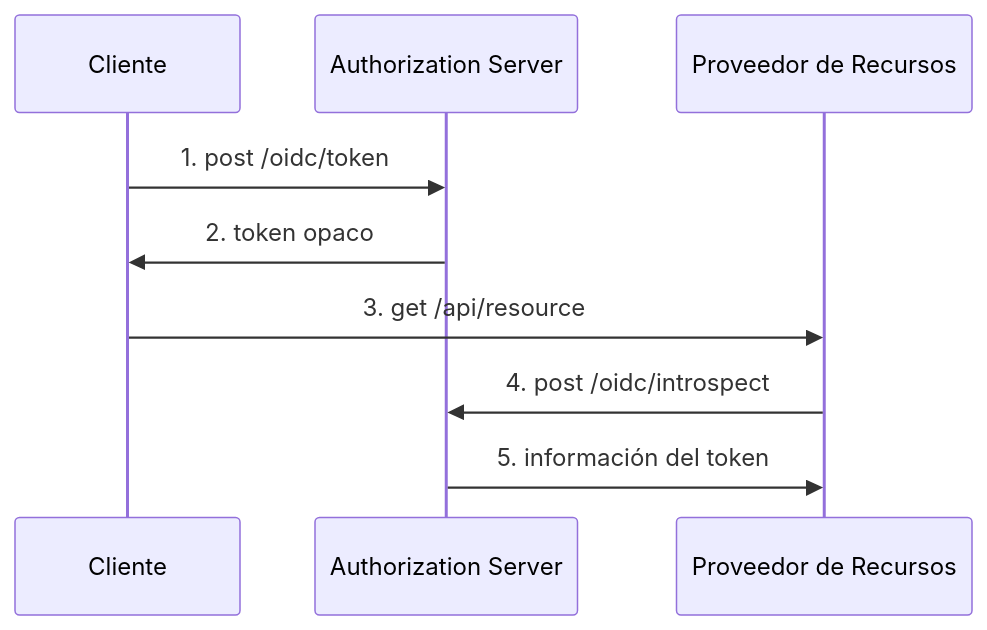
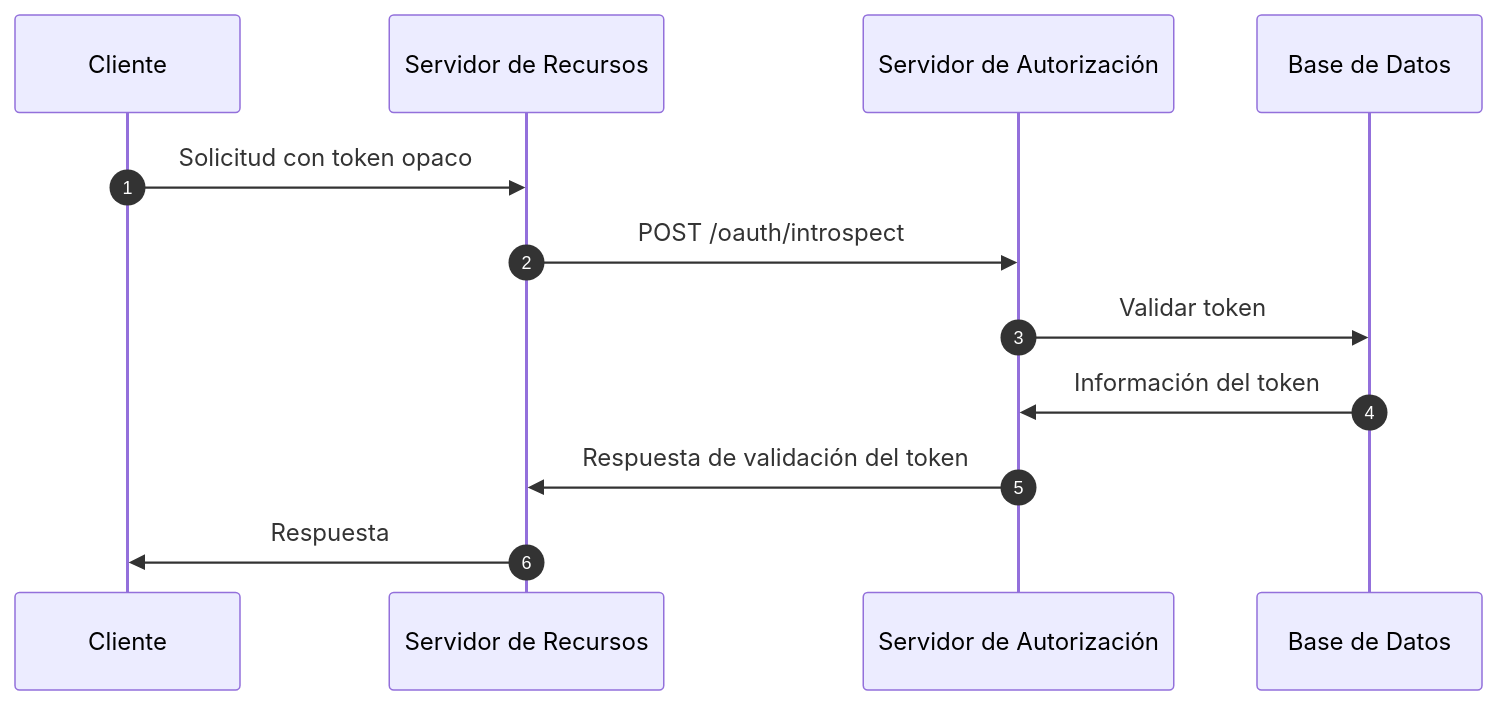
Before and after one commit to logto-io/auth-wiki: the third of 5 diagrams in src/content/terms/es/opaque-token.mdx, drawn with Mermaid. The commit also changed other lines of this file and 95 other files, not shown here.

````diff
--- a/src/content/terms/es/opaque-token.mdx
+++ b/src/content/terms/es/opaque-token.mdx
@@ -49,13 +80,15 @@
 ```mermaid
 sequenceDiagram
     participant C as Cliente
-    participant AS as Authorization Server
-    participant RP as Proveedor de Recursos
+    participant RS as Servidor de Recursos
+    participant AS as Servidor de Autorización
+    participant D as Base de Datos
+    autonumber
 
-    C ->> AS: 1. post /oidc/token
-    AS ->> C: 2. token opaco
-    C ->> RP: 3. get /api/resource
-    RP ->> AS: 4. post /oidc/introspect
-    AS ->> RP: 5. información del token
-
+    C->>RS: Solicitud con token opaco
+    RS->>AS: POST /oauth/introspect
+    AS->>D: Validar token
+    D->>AS: Información del token
+    AS->>RS: Respuesta de validación del token
+    RS->>C: Respuesta
 ```
````
